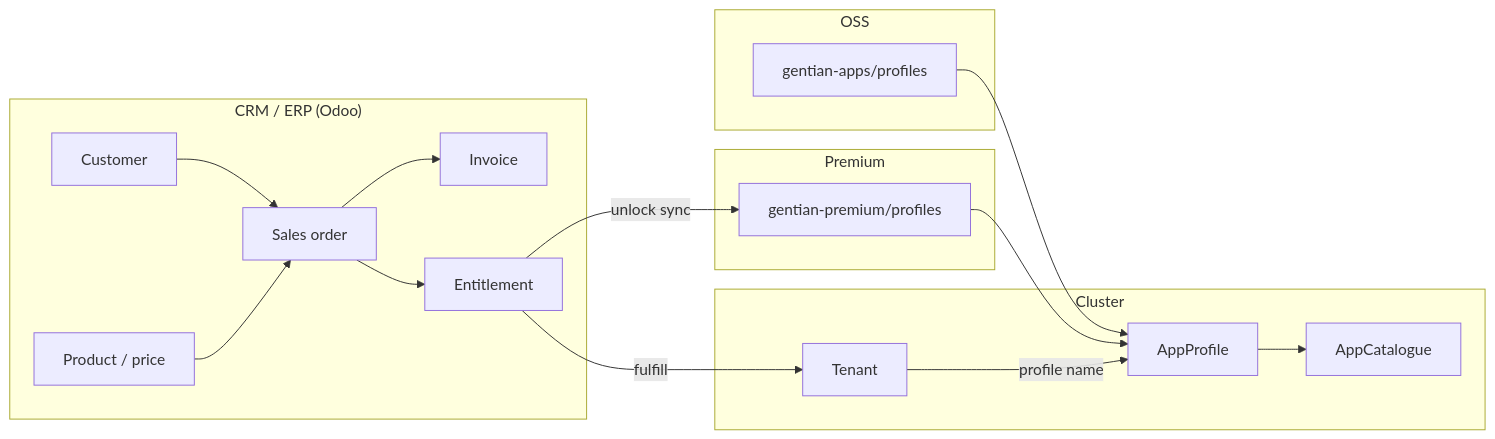
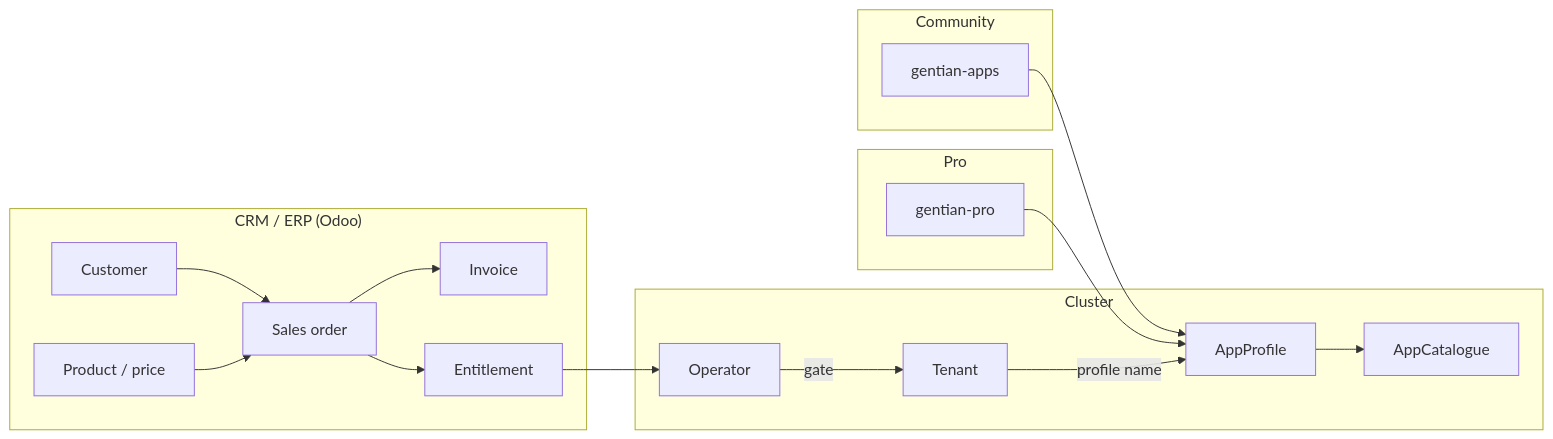
Before and after one commit to gentian-org/gentian-os: the diagram in docs/design/business-logic-plan.md, drawn with Mermaid. The commit also changed other lines of this file and 29 other files, not shown here.

First line of the commit message:
Document Community/Pro model and refine upstream cleanup follow-ups.

````diff
--- a/docs/design/business-logic-plan.md
+++ b/docs/design/business-logic-plan.md
@@ -85,32 +99,33 @@
 ```mermaid
 flowchart LR
-    subgraph oss ["OSS"]
-        GA["gentian-apps/profiles"]
+    subgraph community ["Community"]
+        GA["gentian-apps"]
     end
-    subgraph premium ["Premium"]
-        GP["gentian-premium/profiles"]
+    subgraph pro ["Pro"]
+        GP["gentian-pro"]
     end
     subgraph crm ["CRM / ERP (Odoo)"]
         CUST["Customer"]
         PROD["Product / price"]
         SO["Sales order"]
         INV["Invoice"]
         ENT["Entitlement"]
     end
     subgraph cluster ["Cluster"]
         AP["AppProfile"]
         TEN["Tenant"]
         CAT["AppCatalogue"]
+        OP["Operator"]
     end
 
     GA --> AP
-    ENT -->|unlock sync| GP
     GP --> AP
     AP --> CAT
     CUST --> SO
     PROD --> SO
     SO --> ENT
     SO --> INV
-    ENT -->|fulfill| TEN
+    ENT --> OP
+    OP -->|gate| TEN
     TEN -->|profile name| AP
 ```
````
